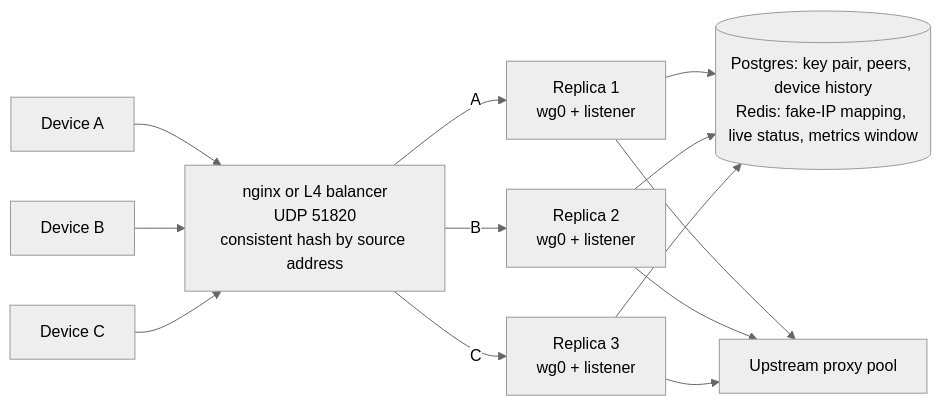
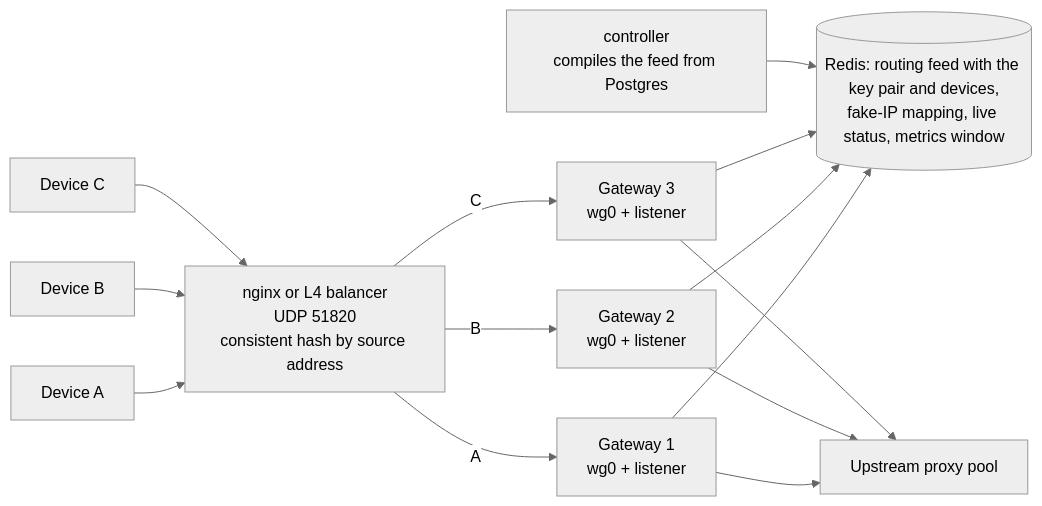
The third of 3 diagrams in docs/wireguard.md (octoprox/octoprox), drawn with Mermaid (neutral theme) before and after one commit. The commit also changed other lines of this file and 467 other files, not shown here.

````diff
--- a/docs/wireguard.md
+++ b/docs/wireguard.md
@@ -183,12 +188,13 @@
 ```mermaid
 flowchart LR
     d1["Device A"] --> lb
     d2["Device B"] --> lb
     d3["Device C"] --> lb
     lb["nginx or L4 balancer<br/>UDP 51820<br/>consistent hash by source address"]
-    lb -->|A| r1["Replica 1<br/>wg0 + listener"]
-    lb -->|B| r2["Replica 2<br/>wg0 + listener"]
-    lb -->|C| r3["Replica 3<br/>wg0 + listener"]
-    r1 & r2 & r3 --> shared[("Postgres: key pair, peers, device history<br/>Redis: fake-IP mapping, live status, metrics window")]
+    lb -->|A| r1["Gateway 1<br/>wg0 + listener"]
+    lb -->|B| r2["Gateway 2<br/>wg0 + listener"]
+    lb -->|C| r3["Gateway 3<br/>wg0 + listener"]
+    r1 & r2 & r3 --> shared[("Redis: routing feed with the key pair and devices,<br/>fake-IP mapping, live status, metrics window")]
+    controller["controller<br/>compiles the feed from Postgres"] --> shared
     r1 & r2 & r3 --> pool["Upstream proxy pool"]
 ```
````
